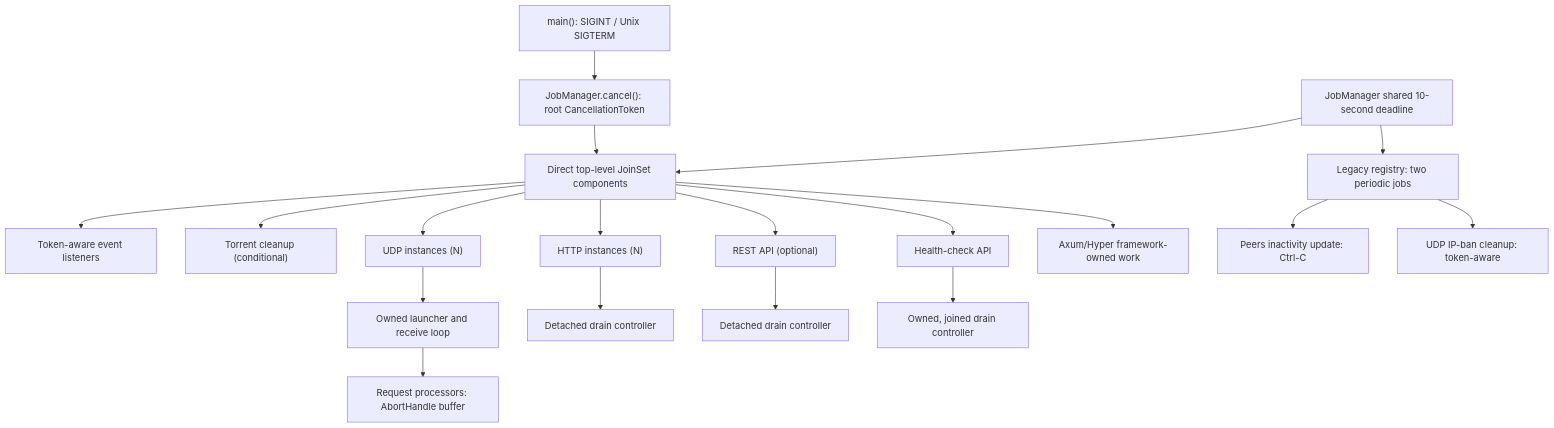
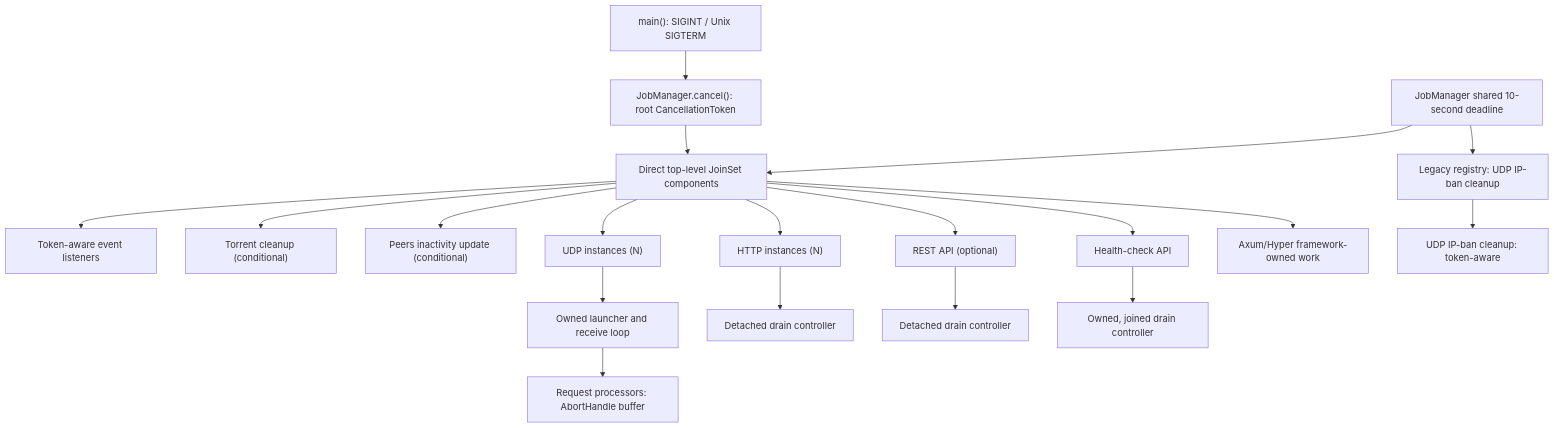
Before and after one commit to torrust/torrust-tracker: the diagram in docs/features/shutdown-process/task-inventory.md, drawn with Mermaid. The commit also changed other lines of this file and 5 other files, not shown here.

````diff
--- a/docs/features/shutdown-process/task-inventory.md
+++ b/docs/features/shutdown-process/task-inventory.md
@@ -69,21 +69,21 @@
 ```mermaid
 flowchart TD
     main["main(): SIGINT / Unix SIGTERM"] --> cancel["JobManager.cancel(): root CancellationToken"]
     cancel --> direct["Direct top-level JoinSet components"]
     direct --> listeners["Token-aware event listeners"]
     direct --> cleanup["Torrent cleanup (conditional)"]
+    direct --> inactivity["Peers inactivity update (conditional)"]
     direct --> udp["UDP instances (N)"]
     udp --> udpLauncher["Owned launcher and receive loop"]
     udpLauncher --> udpRequests["Request processors: AbortHandle buffer"]
     direct --> http["HTTP instances (N)"]
     http --> httpController["Detached drain controller"]
     direct --> rest["REST API (optional)"]
     rest --> restController["Detached drain controller"]
     direct --> health["Health-check API"]
     health --> healthController["Owned, joined drain controller"]
     direct --> framework["Axum/Hyper framework-owned work"]
     manager["JobManager shared 10-second deadline"] --> direct
-    manager --> legacy["Legacy registry: two periodic jobs"]
-    legacy --> inactivity["Peers inactivity update: Ctrl-C"]
+    manager --> legacy["Legacy registry: UDP IP-ban cleanup"]
     legacy --> ban["UDP IP-ban cleanup: token-aware"]
 ```
````
